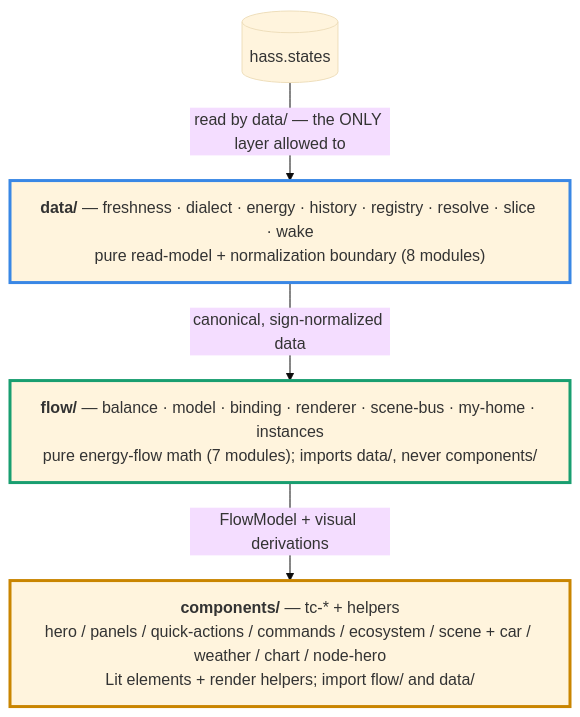
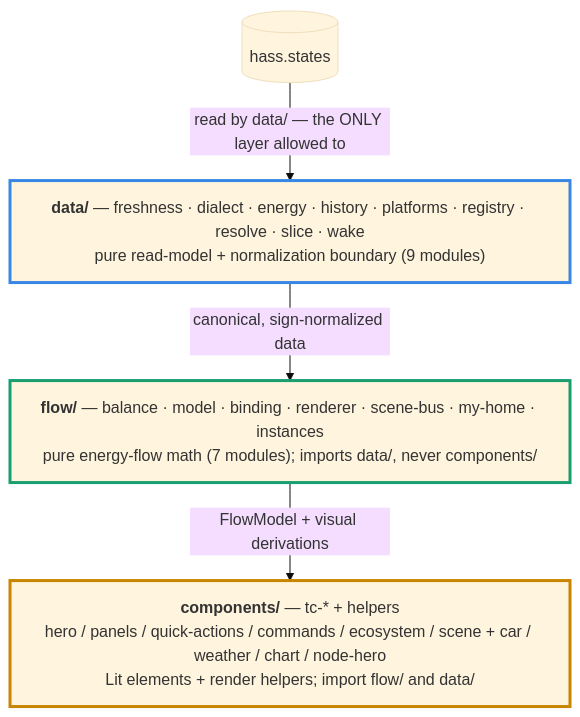
One commit to mlmeehan/tesla-card changed the first of 4 diagrams in docs/architecture.md. Above: the diagram before and after it, drawn with Mermaid (base theme). The commit also changed other lines of this file and 5 other files, not shown here.

````diff
--- a/docs/architecture.md
+++ b/docs/architecture.md
@@ -102,17 +107,17 @@
 ```mermaid
 %%{init: {"flowchart": {"wrappingWidth": 500}}}%%
 flowchart TB
     hass[("hass.states")]
-    data["<b>data/</b> — freshness · dialect · energy · history · registry · resolve · slice · wake<br/>pure read-model + normalization boundary (8 modules)"]
+    data["<b>data/</b> — freshness · dialect · energy · history · platforms · registry · resolve · slice · wake<br/>pure read-model + normalization boundary (9 modules)"]
     flow["<b>flow/</b> — balance · model · binding · renderer · scene-bus · my-home · instances<br/>pure energy-flow math (7 modules); imports data/, never components/"]
     components["<b>components/</b> — tc-* + helpers<br/>hero / panels / quick-actions / commands / ecosystem / scene + car / weather / chart / node-hero<br/>Lit elements + render helpers; import flow/ and data/"]
     hass -->|"read by data/ — the ONLY layer allowed to"| data
     data -->|"canonical, sign-normalized data"| flow
     flow -->|"FlowModel + visual derivations"| components
     classDef dataL stroke:#3987e5,stroke-width:3px
     classDef flowL stroke:#199e70,stroke-width:3px
     classDef compL stroke:#c98500,stroke-width:3px
     class data dataL
     class flow flowL
     class components compL
 ```
````
